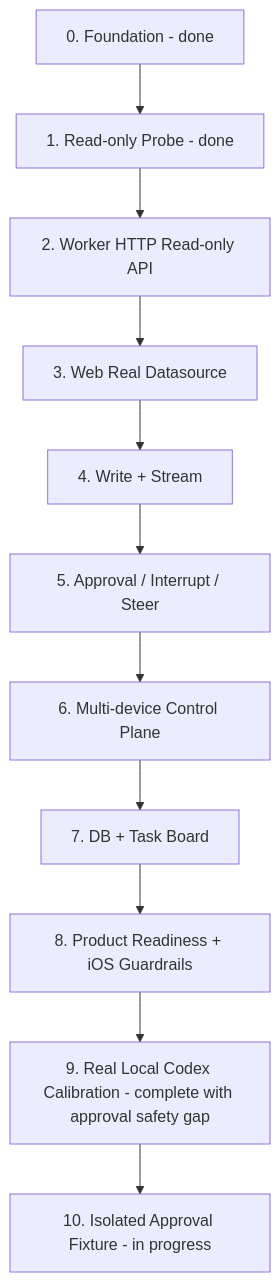
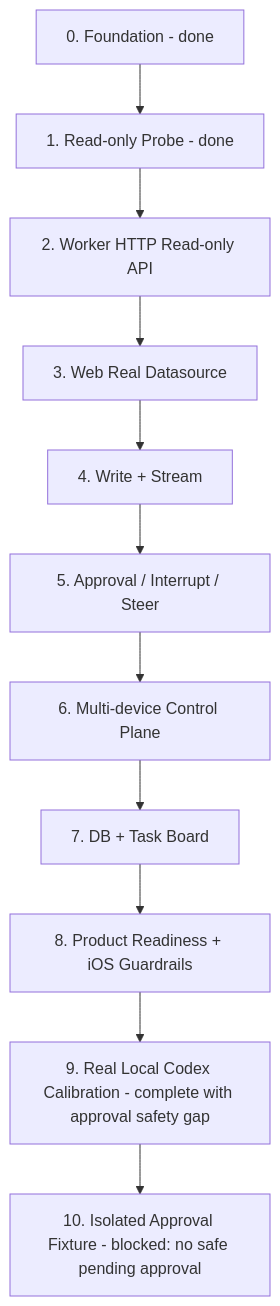
Before and after one commit to VintLin/codex-remote: the second of 3 diagrams in PLAN.md, drawn with Mermaid. The commit also changed other lines of this file and 20 other files, not shown here.

````diff
--- a/PLAN.md
+++ b/PLAN.md
@@ -61,16 +61,16 @@
 ```mermaid
 flowchart TB
   P0["0. Foundation - done"]
   P1["1. Read-only Probe - done"]
   P2["2. Worker HTTP Read-only API"]
   P3["3. Web Real Datasource"]
   P4["4. Write + Stream"]
   P5["5. Approval / Interrupt / Steer"]
   P6["6. Multi-device Control Plane"]
   P7["7. DB + Task Board"]
   P8["8. Product Readiness + iOS Guardrails"]
   P9["9. Real Local Codex Calibration - complete with approval safety gap"]
-  P10["10. Isolated Approval Fixture - in progress"]
+  P10["10. Isolated Approval Fixture - blocked: no safe pending approval"]
 
   P0 --> P1 --> P2 --> P3 --> P4 --> P5 --> P6 --> P7 --> P8 --> P9 --> P10
 ```
````
